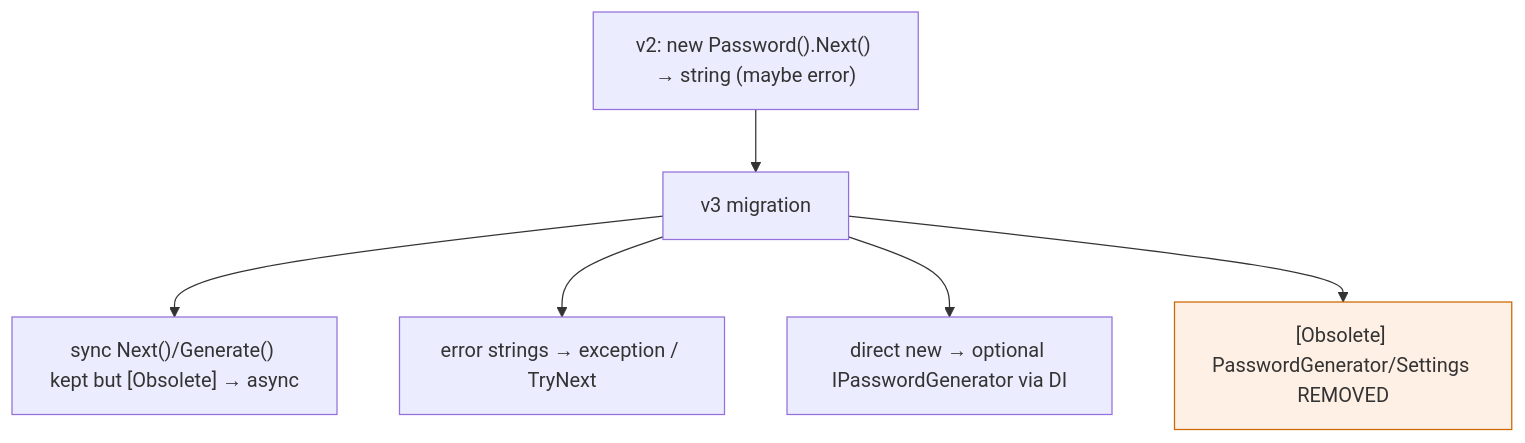
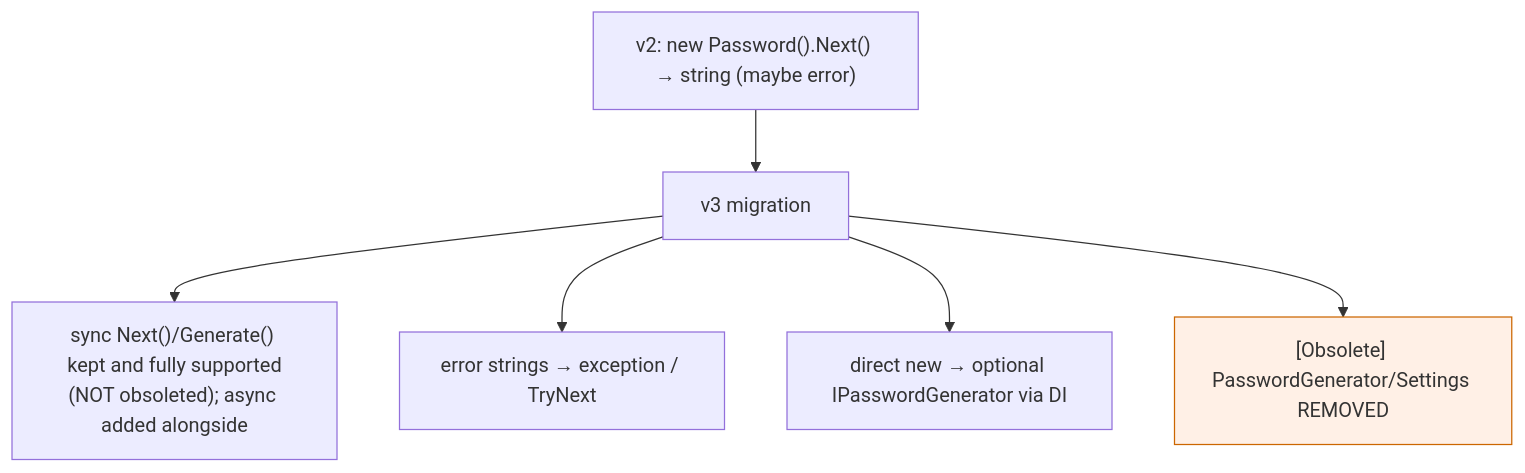
One commit to prjseal/PasswordGenerator changed the fourth of 4 diagrams in docs/v3-target/api-surface.md. Above: the diagram before and after it, drawn with Mermaid. The commit also changed other lines of this file and 7 other files, not shown here.

````diff
--- a/docs/v3-target/api-surface.md
+++ b/docs/v3-target/api-surface.md
@@ -70,10 +77,10 @@
 ```mermaid
 flowchart TD
     Old["v2: new Password().Next() → string (maybe error)"] --> Mig["v3 migration"]
-    Mig --> A["sync Next()/Generate() kept but [Obsolete] → async"]
+    Mig --> A["sync Next()/Generate() kept and fully supported<br/>(NOT obsoleted); async added alongside"]
     Mig --> B["error strings → exception / TryNext"]
     Mig --> C["direct new → optional IPasswordGenerator via DI"]
     Mig --> D["[Obsolete] PasswordGenerator/Settings REMOVED"]
     classDef warn fill:#fff0e6,stroke:#cc6600;
     class D warn;
 ```
````
